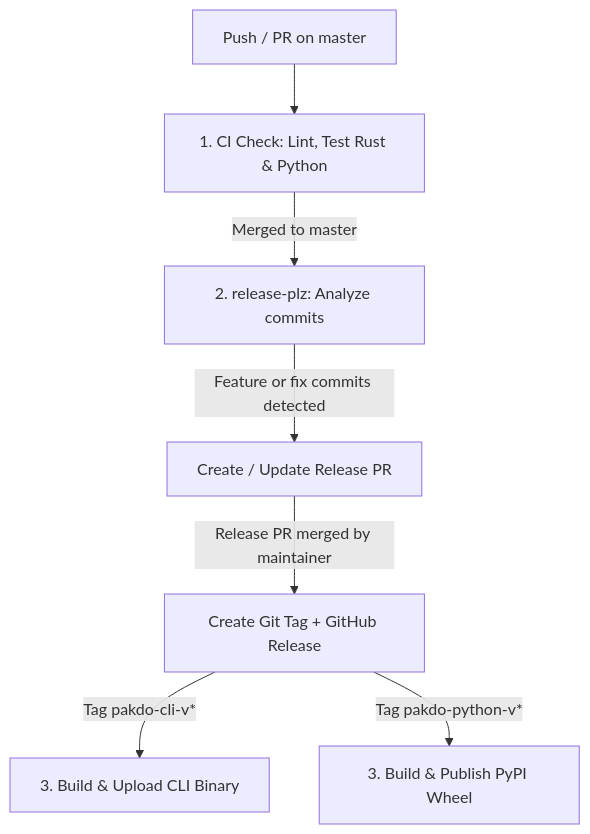
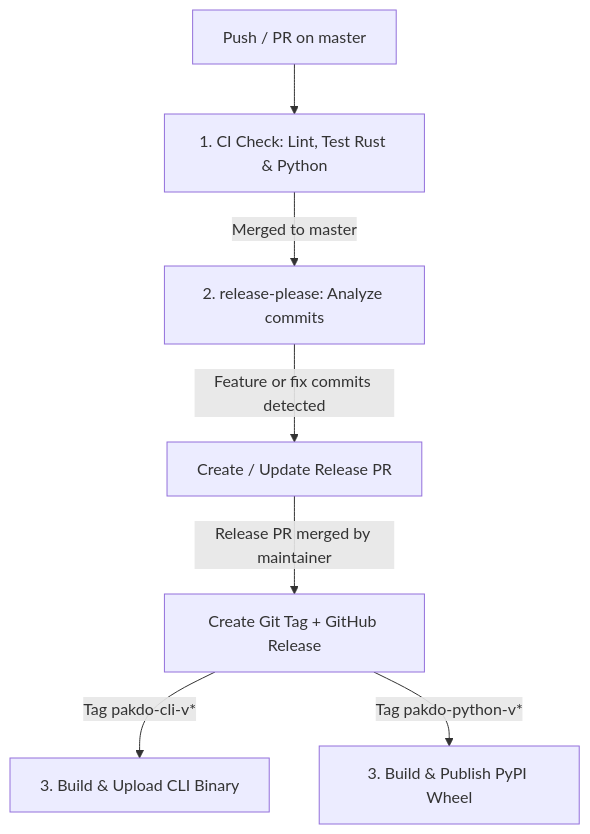
Before and after one commit to Game-K-Hack/pakdo: the second of 2 diagrams in docs/ci-cd-versioning.md, drawn with Mermaid. The commit also changed other lines of this file and 9 other files, not shown here.

Commit message:
ci: switch to release-please for automated versioning

````diff
--- a/docs/ci-cd-versioning.md
+++ b/docs/ci-cd-versioning.md
@@ -142,9 +142,9 @@
 ```mermaid
 graph TD
     A[Push / PR on master] --> B[1. CI Check: Lint, Test Rust & Python]
-    B -->|Merged to master| C[2. release-plz: Analyze commits]
+    B -->|Merged to master| C[2. release-please: Analyze commits]
     C -->|Feature or fix commits detected| D[Create / Update Release PR]
     D -->|Release PR merged by maintainer| E[Create Git Tag + GitHub Release]
     E -->|Tag pakdo-cli-v*| F[3. Build & Upload CLI Binary]
     E -->|Tag pakdo-python-v*| G[3. Build & Publish PyPI Wheel]
 ```
````
